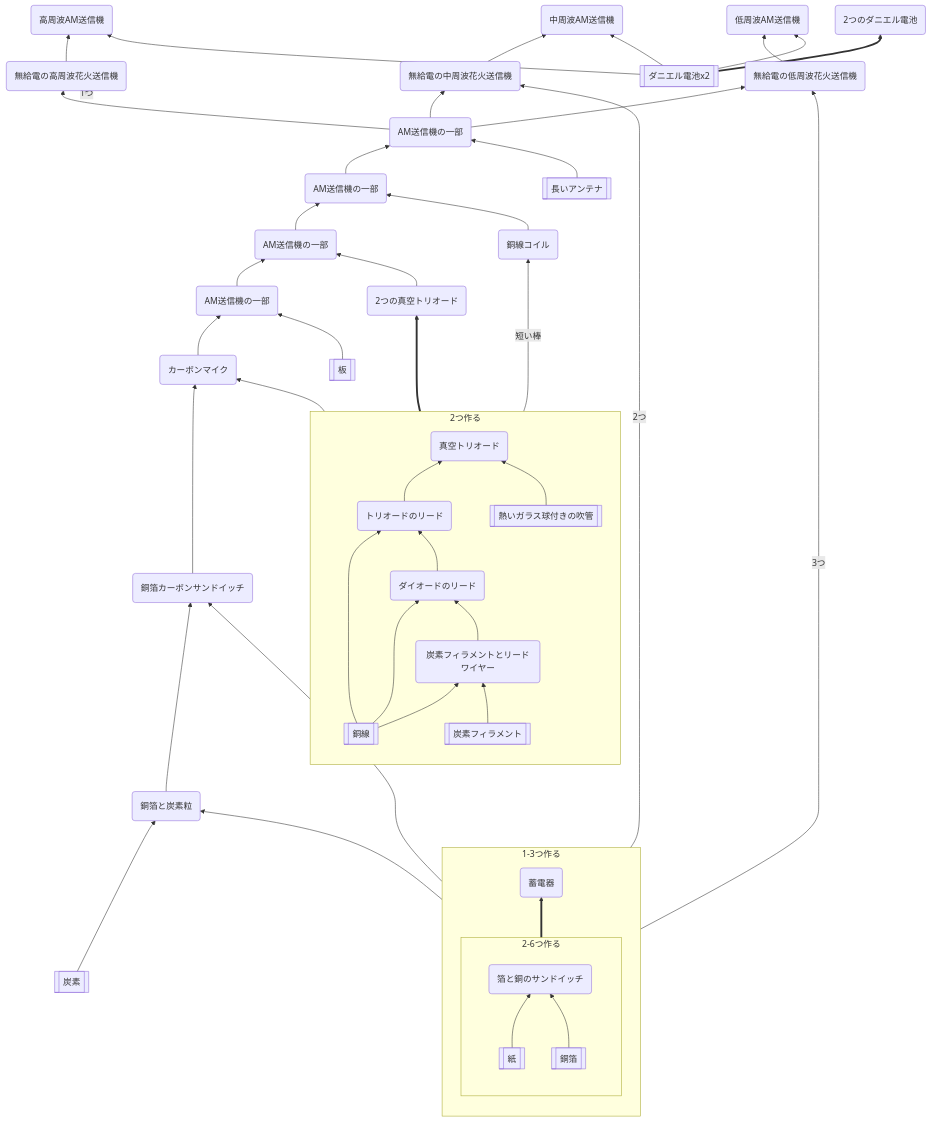
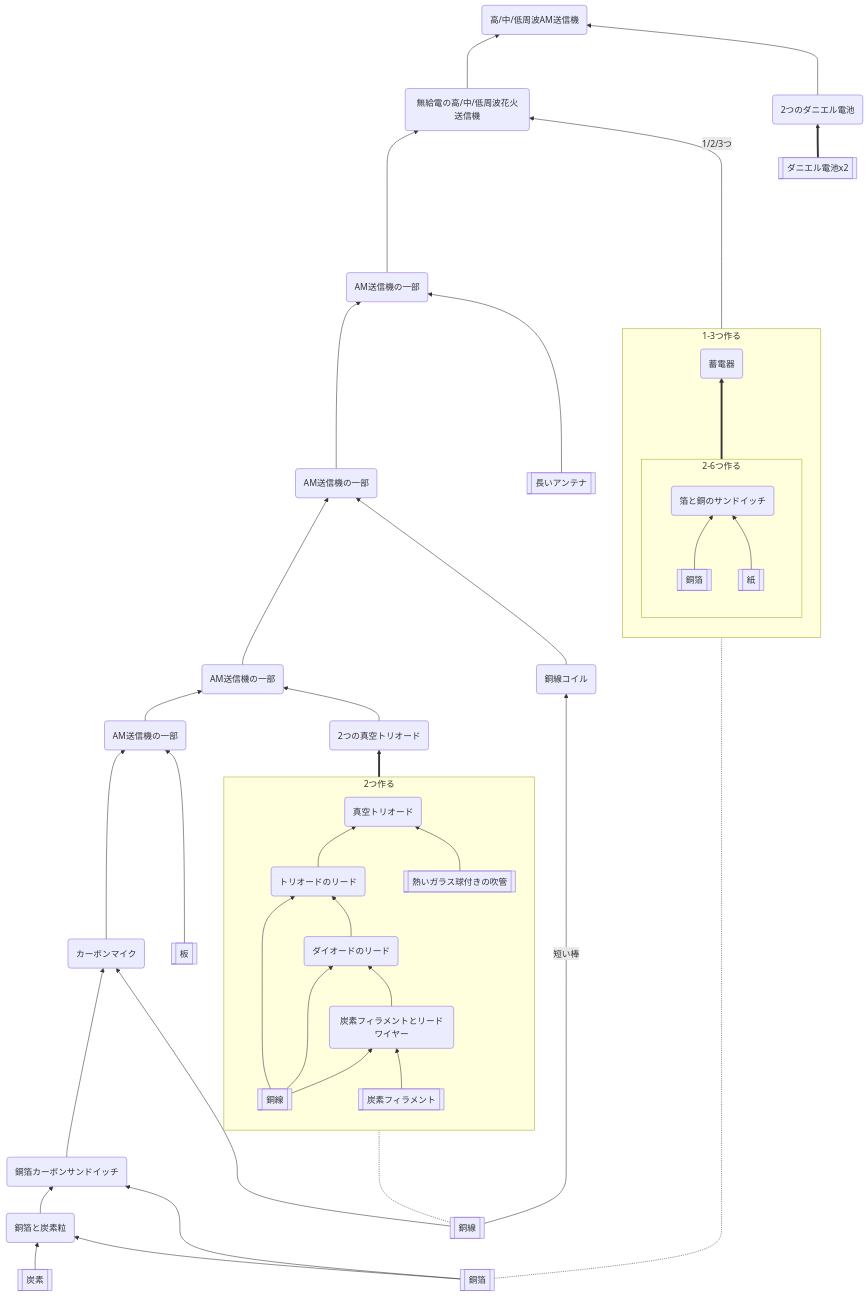
The diagram in AM-transmitter.md (aya-0p/yah-craft-recipe), drawn with Mermaid before and after one commit. The commit also changed other lines of this file, not shown here.

````diff
--- a/AM-transmitter.md
+++ b/AM-transmitter.md
@@ -2,63 +3,59 @@
 ```mermaid
 flowchart BT
 aa[[銅箔]]
 ab[[炭素]]
 ac[[銅線]]
 ad[[板]]
 ae[[炭素フィラメント]]
 af[[紙]]
 ag[[ダニエル電池x2]]
 ah[[熱いガラス球付きの吹管]]
 ai[[長いアンテナ]]
 
-aa --> ba(銅箔と炭素粒)
-ab --> ba
+ab --> ba(銅箔と炭素粒)
+aa --> ba
 ba --> bb(銅箔カーボンサンドイッチ)
 aa --> bb
 bb --> bc(カーボンマイク)
 ac --> bc
 bc --> bd(AM送信機の一部)
 ad --> bd
 
 subgraph x [2つ作る]
 direction BT
-ac --> ca(炭素フィラメントとリードワイヤー)
+xa[[銅線]]
+xa --> ca(炭素フィラメントとリードワイヤー)
 ae --> ca
-ac --> cb(ダイオードのリード)
+xa --> cb(ダイオードのリード)
 ca --> cb
-ac --> cc(トリオードのリード)
+xa --> cc(トリオードのリード)
 cb --> cc
 cc --> cd(真空トリオード)
 ah --> cd
 end
+ac -..- xa
 x ==> da(2つの真空トリオード)
 bd --> db(AM送信機の一部)
 da --> db
 ac -->|短い棒| dc(銅線コイル)
 db --> dd(AM送信機の一部)
 dc --> dd
 dd --> de(AM送信機の一部)
 ai --> de
 subgraph z ["1-3つ作る"]
 direction BT
 subgraph y ["2-6つ作る"]
 direction BT
-af --> ya(箔と銅のサンドイッチ)
-aa --> ya
+yn[[銅箔]]
+yn --> ya(箔と銅のサンドイッチ)
+af --> ya
 end
-y ==> za(蓄電器)
+y ===> za(蓄電器)
 end
-de --> ea(無給電の高周波花火送信機)
-de --> eb(無給電の中周波花火送信機)
-de --> ec(無給電の低周波花火送信機)
-y -->|1つ| ea
-y -->|2つ| eb
-y -->|3つ| ec
+aa -.- yn
+de -----> ea(無給電の高/中/低周波花火送信機)
+z ------>|"1/2/3つ"| ea
 ag ==> eg(2つのダニエル電池)
-ea --> ed(高周波AM送信機)
-eb --> ee(中周波AM送信機)
-ec --> ef(低周波AM送信機)
-ag --> ed
-ag --> ee
-ag --> ef
+ea ---> ed(高/中/低周波AM送信機)
+eg ---> ed
 ```
````
